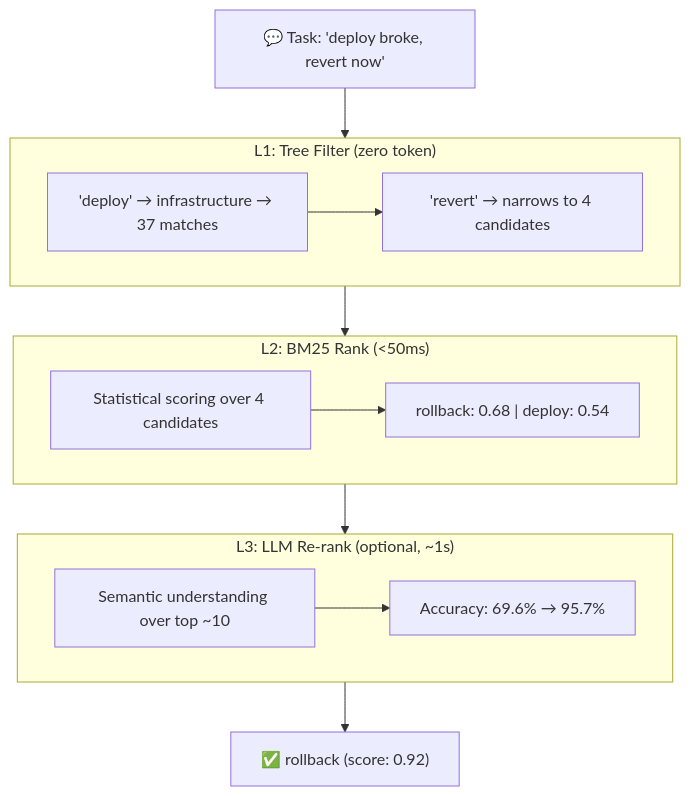
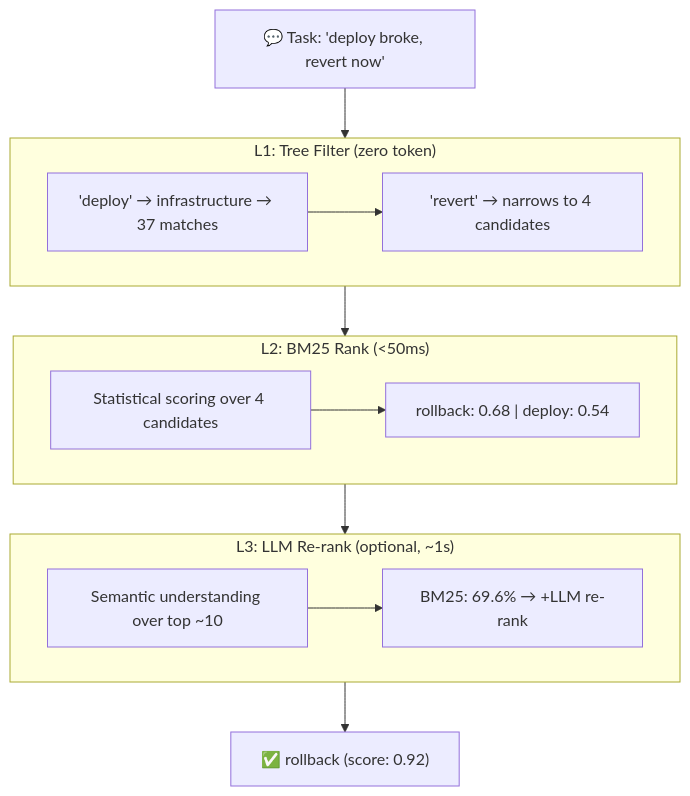
Before and after one commit to Hxh-yaoxing/skill-weave: the diagram in README.md, drawn with Mermaid. The commit also changed other lines of this file and 1 other file, not shown here.

Commit message:
fix: remove last 3 stale 95.7%/81%/138 claims (advanced.py class docstring + README Mermaid + README explanation)

````diff
--- a/README.md
+++ b/README.md
@@ -89,30 +89,30 @@
 ```mermaid
 flowchart TD
     TASK["💬 Task: 'deploy broke, revert now'"]
     
     TASK --> L1
     
     subgraph L1["L1: Tree Filter (zero token)"]
         T1["'deploy' → infrastructure → 37 matches"]
         T2["'revert' → narrows to 4 candidates"]
         T1 --> T2
     end
     
     L1 --> L2
     
     subgraph L2["L2: BM25 Rank (<50ms)"]
         B1["Statistical scoring over 4 candidates"]
         B2["rollback: 0.68 | deploy: 0.54"]
         B1 --> B2
     end
     
     L2 --> L3
     
     subgraph L3["L3: LLM Re-rank (optional, ~1s)"]
         R1["Semantic understanding over top ~10"]
-        R2["Accuracy: 69.6% → 95.7%"]
+        R2["BM25: 69.6% → +LLM re-rank"]
         R1 --> R2
     end
     
     L3 --> OUTPUT["✅ rollback (score: 0.92)"]
 ```
````
